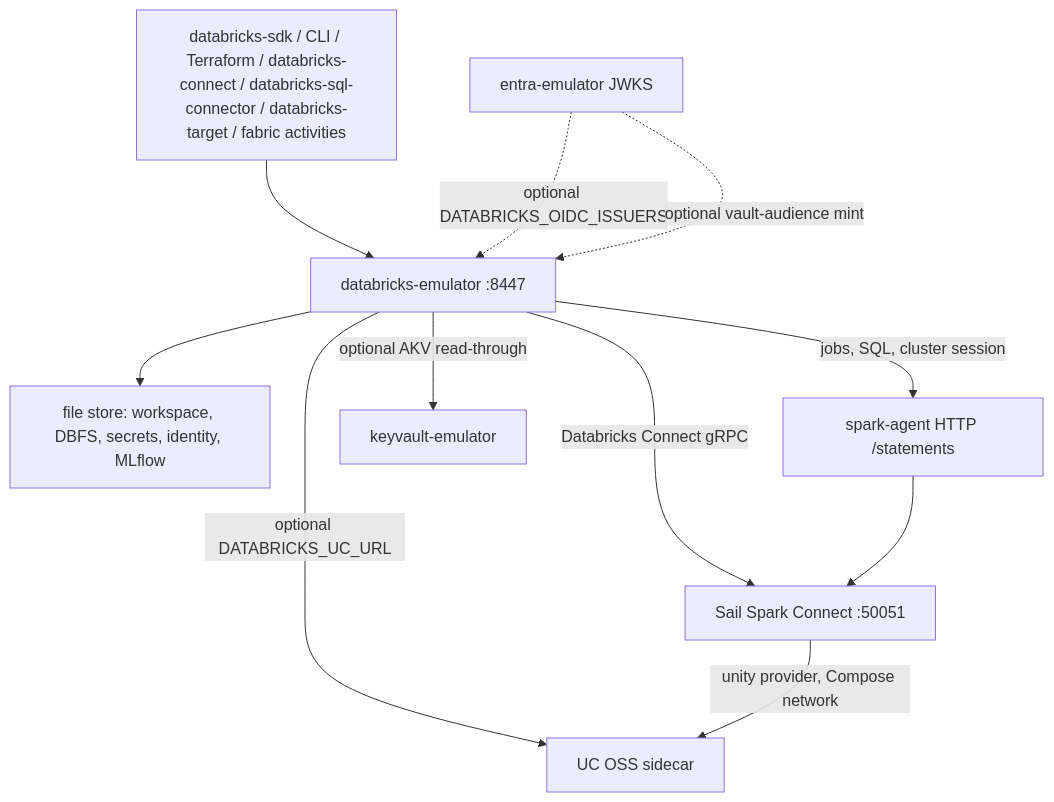
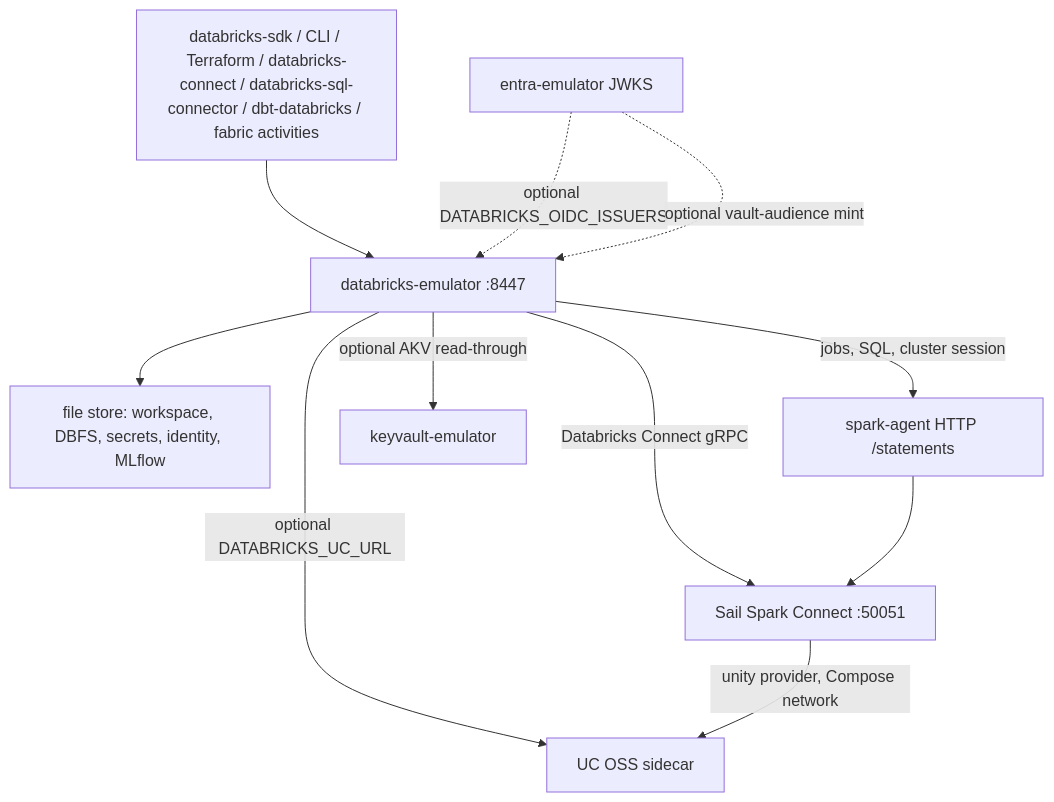
The diagram in docs/03-architecture.md (calvinchengx/databricks-emulator), drawn with Mermaid before and after one commit. The commit also changed 21 other files, not shown here.

First line of the commit message:
Witness warehouse SQL with unmodified dbt-databricks (#24)

````diff
--- a/docs/03-architecture.md
+++ b/docs/03-architecture.md
@@ -10,21 +10,22 @@
 ```mermaid
 graph TD
   clients["databricks-sdk / CLI / Terraform / databricks-connect / databricks-sql-connector / databricks-target / fabric activities"]
+  clients["databricks-sdk / CLI / Terraform / databricks-connect / databricks-sql-connector / dbt-databricks / fabric activities"]
   ws["databricks-emulator :8447"]
   store["file store: workspace, DBFS, secrets, identity, MLflow"]
   agent["spark-agent HTTP /statements"]
   sail["Sail Spark Connect :50051"]
   uc["UC OSS sidecar"]
   kv["keyvault-emulator"]
   entra["entra-emulator JWKS"]
   clients --> ws
   ws --> store
   ws -->|"jobs, SQL, cluster session"| agent
   ws -->|"Databricks Connect gRPC"| sail
   agent --> sail
   ws -->|"optional DATABRICKS_UC_URL"| uc
   sail -->|"unity provider, Compose network"| uc
   ws -->|"optional AKV read-through"| kv
   entra -.->|"optional DATABRICKS_OIDC_ISSUERS"| ws
   entra -.->|"optional vault-audience mint"| ws
 ```
````
